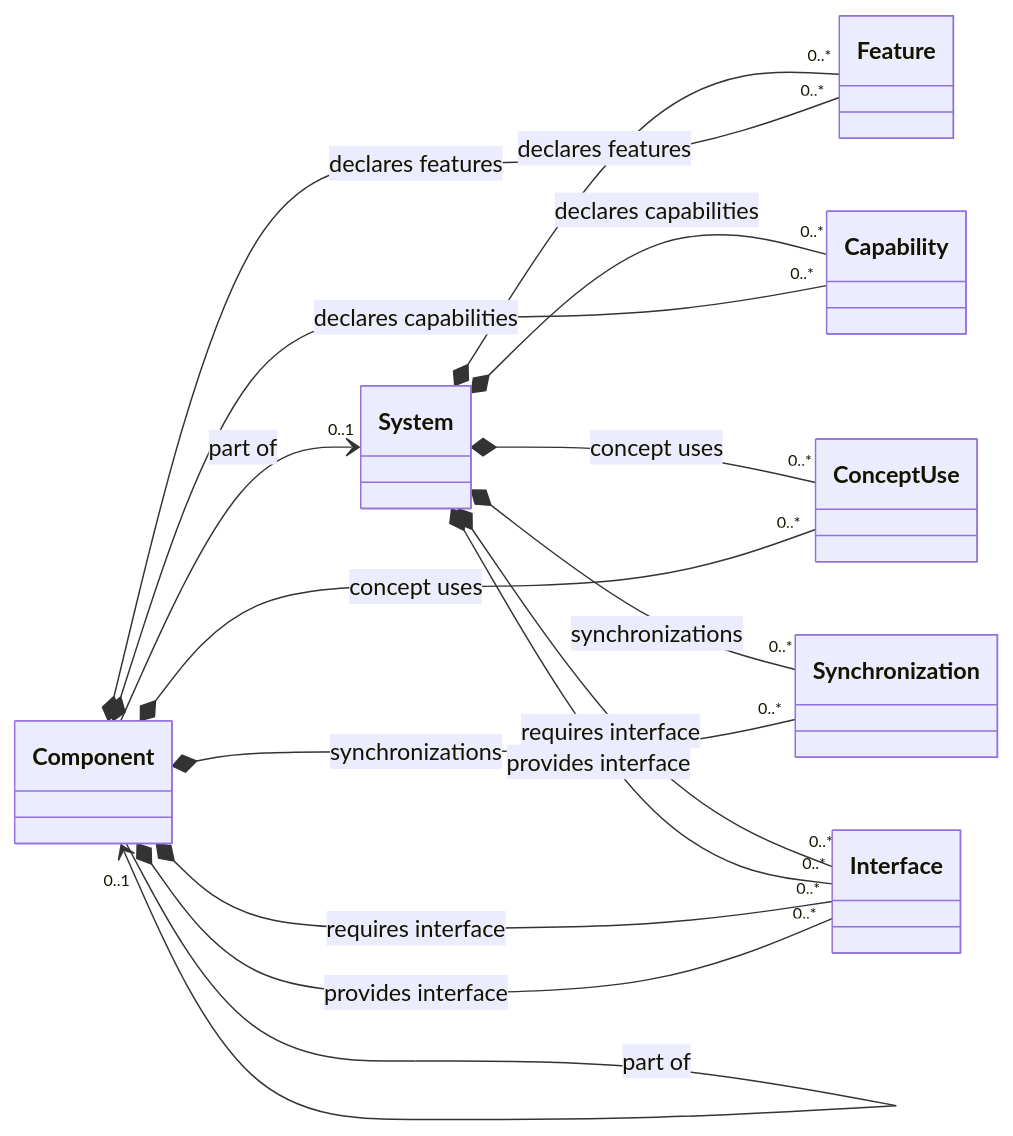
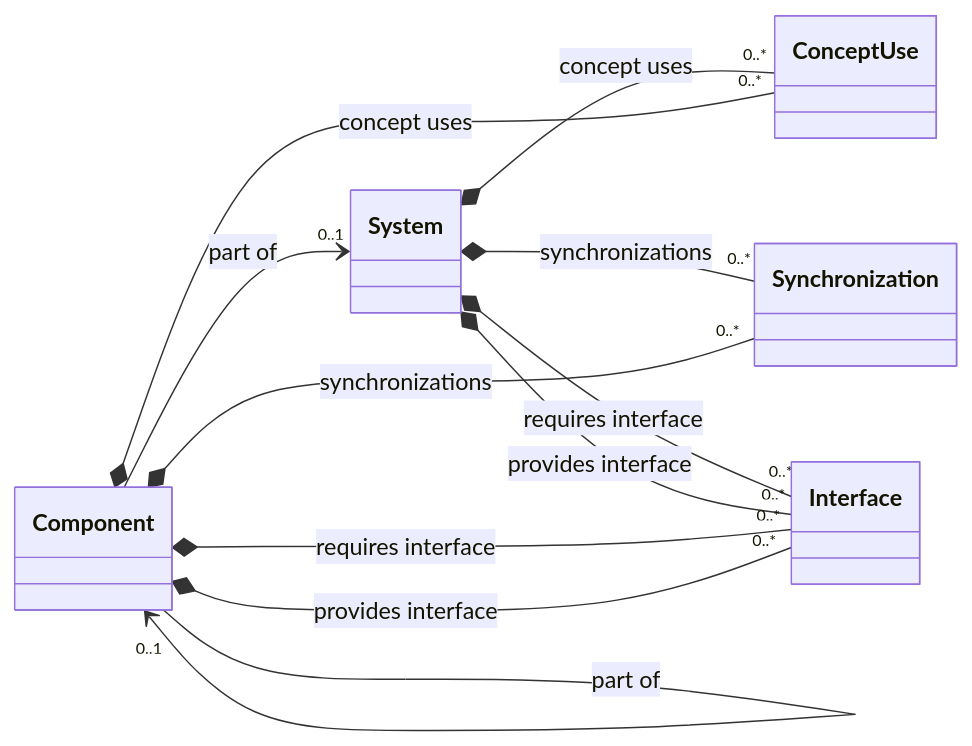
The second of 18 diagrams in docs/reference/model/core.md (craigsmitham/dotspec), drawn with Mermaid before and after one commit. The commit also changed other lines of this file and 158 other files, not shown here.

First line of the commit message:
Resolve spec ownership by directory and give features and capabilities standalone specs

````diff
--- a/docs/reference/model/core.md
+++ b/docs/reference/model/core.md
@@ -62,25 +66,19 @@
 ```mermaid
 classDiagram
     direction LR
     class System
     class Component
-    class Feature
-    class Capability
     class ConceptUse
     class Synchronization
     class Interface
     Component --> "0..1" System : part of
     Component --> "0..1" Component : part of
-    System *-- "0..*" Feature : declares features
-    System *-- "0..*" Capability : declares capabilities
     System *-- "0..*" ConceptUse : concept uses
     System *-- "0..*" Synchronization : synchronizations
-    Component *-- "0..*" Feature : declares features
-    Component *-- "0..*" Capability : declares capabilities
     Component *-- "0..*" ConceptUse : concept uses
     Component *-- "0..*" Synchronization : synchronizations
     System *-- "0..*" Interface : requires interface
     System *-- "0..*" Interface : provides interface
     Component *-- "0..*" Interface : requires interface
     Component *-- "0..*" Interface : provides interface
 ```
````
